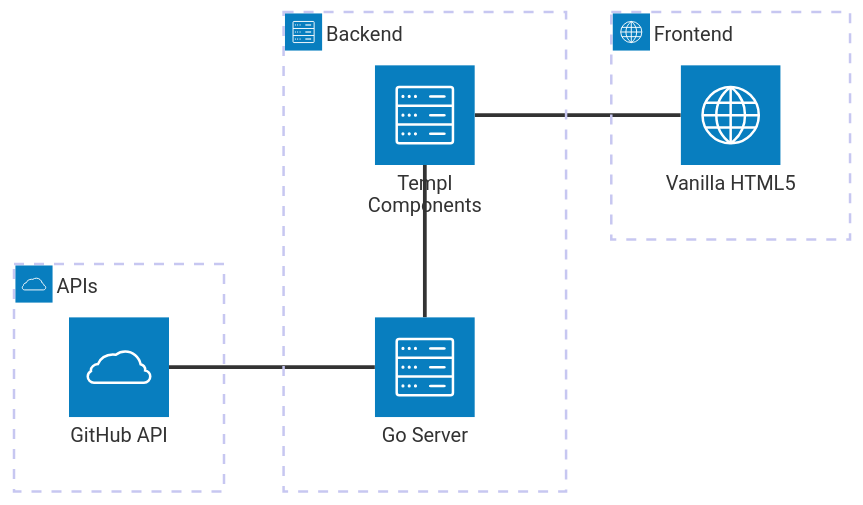
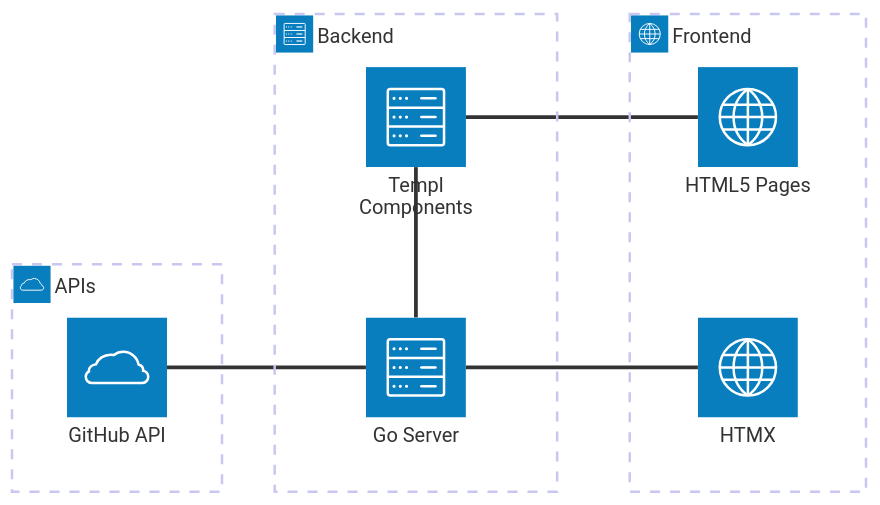
Before and after one commit to haydenheroux/merge: the diagram in README.md, drawn with Mermaid.

````diff
--- a/README.md
+++ b/README.md
@@ -8,19 +8,21 @@
 ```mermaid
 architecture-beta
     group frontend(internet)[Frontend]
 
-    service client(internet)[Vanilla HTML5] in frontend
+    service pages(internet)[HTML5 Pages] in frontend
+    service interaction(internet)[HTMX] in frontend
 
     group backend(server)[Backend]
 
     service server(server)[Go Server] in backend
     service templ(server)[Templ Components] in backend
 
     group api(cloud)[APIs]
 
     service github(cloud)[GitHub API] in api
 
-    client:L -- R:templ
+    pages:L -- R:templ
+    interaction:L -- R:server
     templ:B -- T:server
     server:L -- R:github
 ```
````
